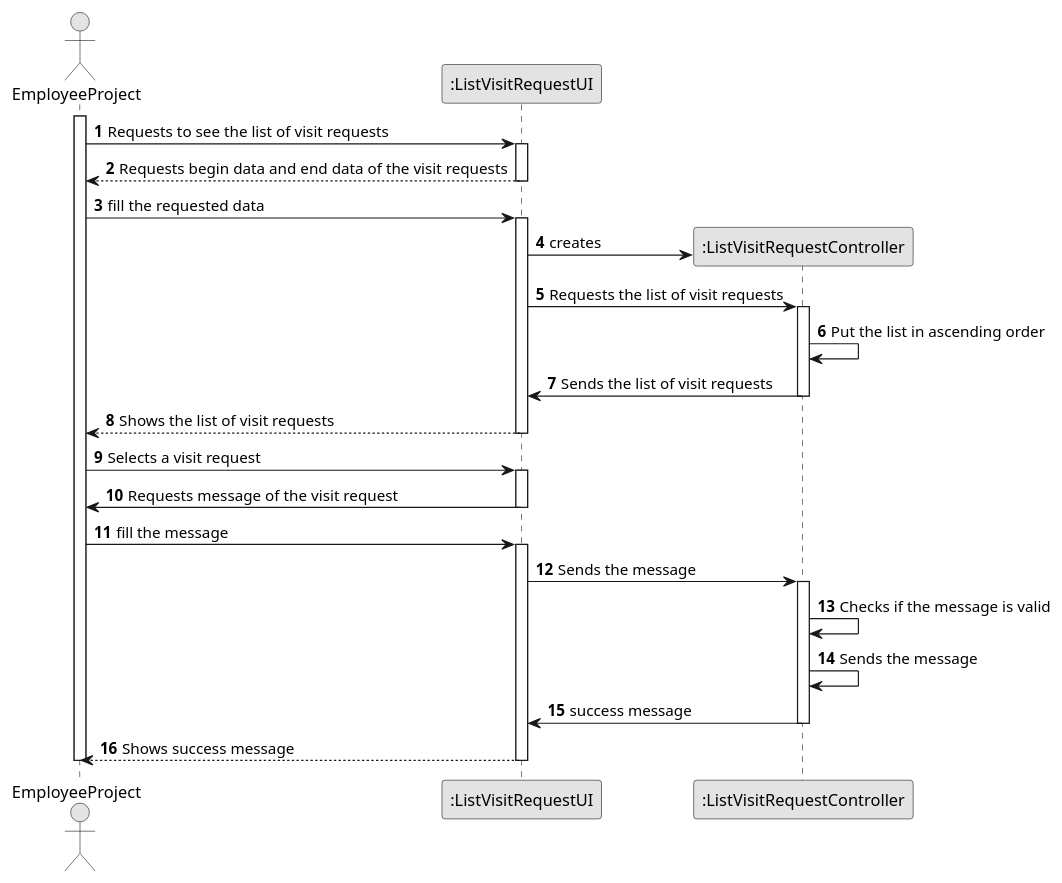
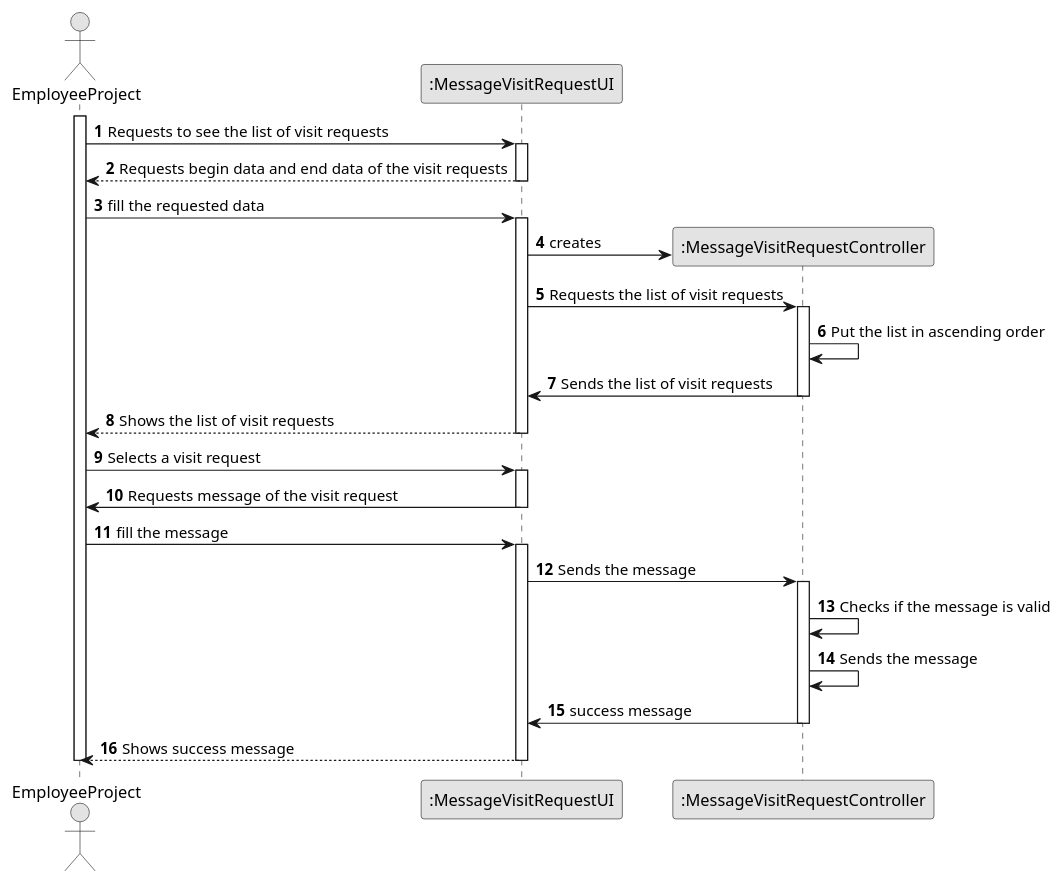
One commit to hugosilva2901/lei-22-s2-1DO-g68 changed the diagram in lei-22-s2-1do-g68/docs/SprintD/us016/03.design/puml/us016-sequence-diagram-split.puml. Above: the diagram before and after it, drawn with PlantUML. The commit also changed 4 other files, not shown here.

```diff
--- a/lei-22-s2-1do-g68/docs/SprintD/us016/03.design/puml/us016-sequence-diagram-split.puml
+++ b/lei-22-s2-1do-g68/docs/SprintD/us016/03.design/puml/us016-sequence-diagram-split.puml
@@ -1,53 +1,53 @@
 @startuml
 skinparam monochrome true
 skinparam packageStyle rectangle
 skinparam shadowing false
 
 autonumber
 
 'hide footbox
 actor "EmployeeProject" as User
-participant ":ListVisitRequestUI" as UI
-participant ":ListVisitRequestController" as CTRL
+participant ":MessageVisitRequestUI" as UI
+participant ":MessageVisitRequestController" as CTRL
 
 activate User
 
     User -> UI : Requests to see the list of visit requests
 
 activate UI
 
     UI --> User :Requests begin data and end data of the visit requests
 deactivate UI
 
         User -> UI : fill the requested data
         activate UI
 
                 UI -> CTRL** : creates
 
                 UI -> CTRL : Requests the list of visit requests
                 activate CTRL
                     CTRL->CTRL : Put the list in ascending order
 
                     CTRL -> UI : Sends the list of visit requests
                     deactivate CTRL
 
                 UI --> User : Shows the list of visit requests
                 deactivate UI
                 User -> UI : Selects a visit request
                 activate UI
 
                 UI -> User : Requests message of the visit request
                 deactivate UI
                 User -> UI : fill the message
                 activate UI
                 UI -> CTRL : Sends the message
                 activate CTRL
                 CTRL -> CTRL : Checks if the message is valid
                 CTRL -> CTRL : Sends the message
                 CTRL -> UI : success message
                 deactivate CTRL
                 UI --> User : Shows success message
                 deactivate UI
 
 deactivate User
 @enduml
```
